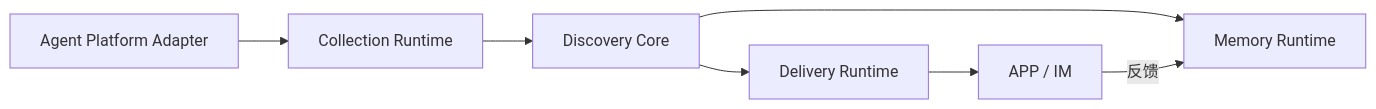
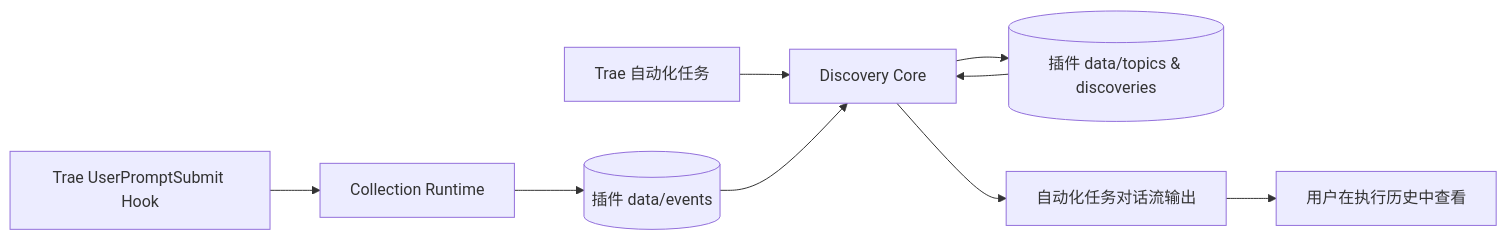
One commit to LYJ132/Fomor changed the third of 3 diagrams in docs/PRD.md. Above: the diagram before and after it, drawn with Mermaid. The commit also changed other lines of this file and 2 other files, not shown here.

````diff
--- a/docs/PRD.md
+++ b/docs/PRD.md
@@ -791,9 +861,11 @@
 ```mermaid
 flowchart LR
-    A[Agent Platform Adapter] --> B[Collection Runtime]
-    B --> C[Discovery Core]
-    C --> D[Memory Runtime]
-    C --> E[Delivery Runtime]
-    E --> F[APP / IM]
-    F -->|反馈| D
+    A[Trae UserPromptSubmit Hook] --> B[Collection Runtime]
+    B --> C[(插件 data/events)]
+    D[Trae 自动化任务] --> E[Discovery Core]
+    C --> E
+    F[(插件 data/topics & discoveries)] --> E
+    E --> F
+    E --> G[自动化任务对话流输出]
+    G --> H[用户在执行历史中查看]
 ```
````
